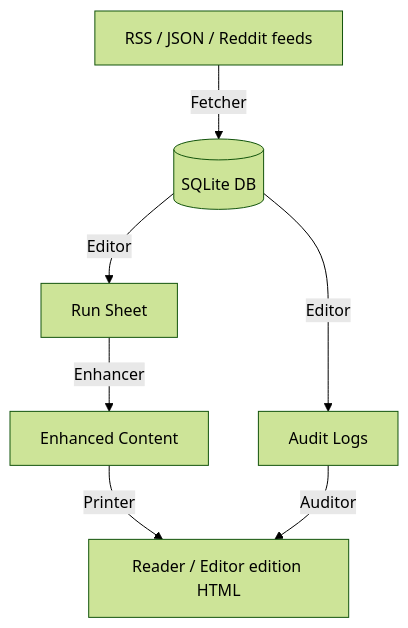
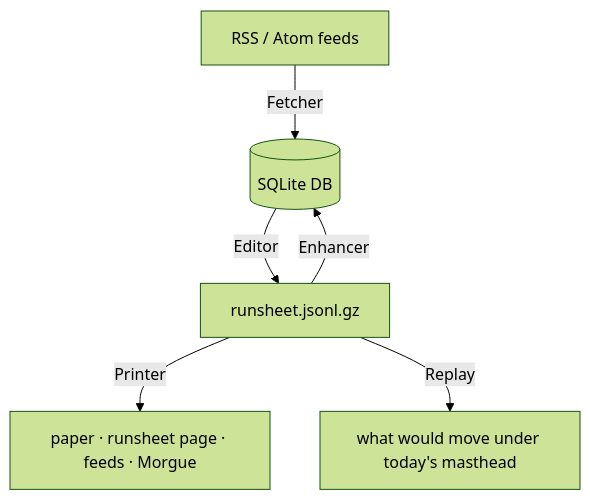
One commit to maxspevack/fishwrap changed the diagram in fishwrap/README.md. Above: the diagram before and after it, drawn with Mermaid (forest theme). The commit also changed other lines of this file and 28 other files, not shown here.

First line of the commit message:
runsheet: the edition's record is a file; the printer renders from it; replay re-runs it

````diff
--- a/fishwrap/README.md
+++ b/fishwrap/README.md
@@ -9,9 +9,8 @@
 ```mermaid
 graph TD
-    A[RSS / JSON / Reddit feeds] -->|Fetcher| B[(SQLite DB)]
-    B -->|Editor| C[Run Sheet]
-    B -->|Editor| G[Audit Logs]
-    C -->|Enhancer| D[Enhanced Content]
-    D -->|Printer| E[Reader / Editor edition HTML]
-    G -->|Auditor| E
+    A[RSS / Atom feeds] -->|Fetcher| B[(SQLite DB)]
+    B -->|Editor| C[runsheet.jsonl.gz]
+    C -->|Enhancer| B
+    C -->|Printer| E[paper · runsheet page · feeds · Morgue]
+    C -->|Replay| F[what would move under today's masthead]
 ```
````
